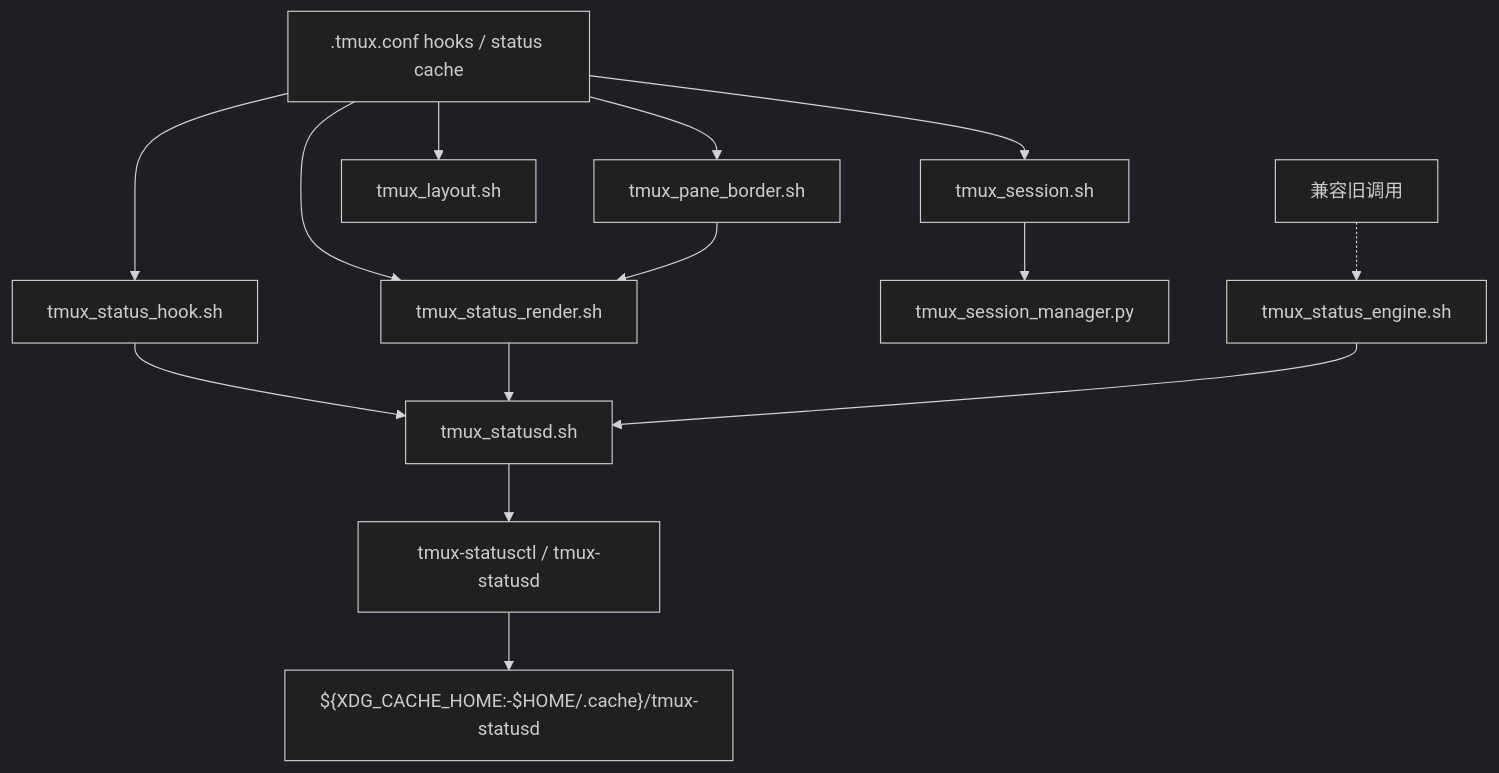
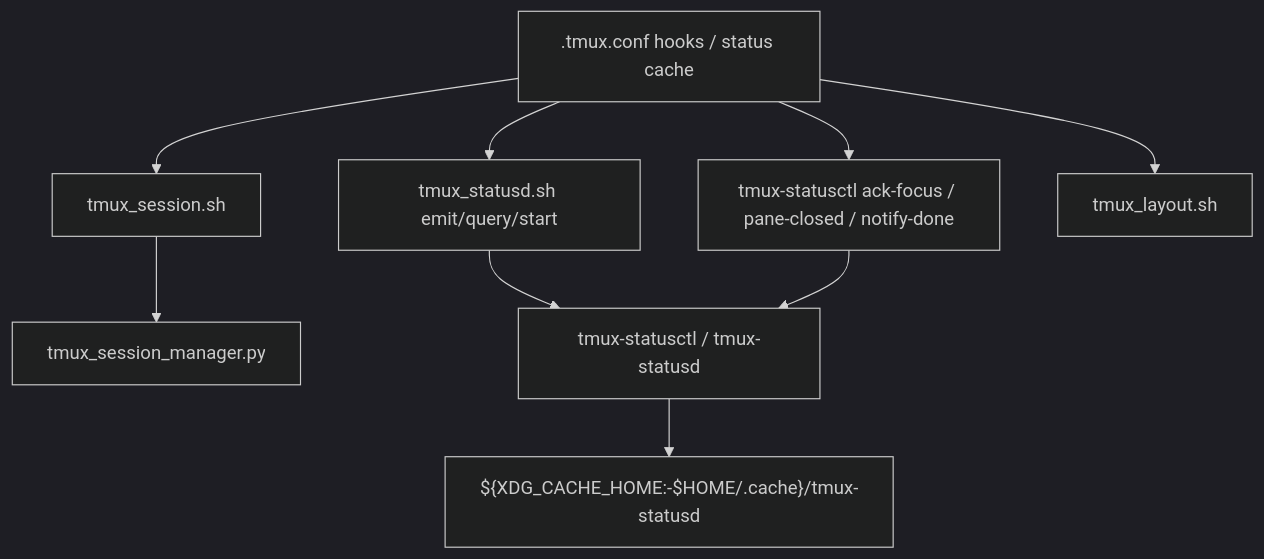
The diagram in plugins/oyxy_dotfiles/.config/tmux/README.md (ZiYang-oyxy/awesome_devops), drawn with Mermaid (dark theme) before and after one commit. The commit also changed other lines of this file and 8 other files, not shown here.

First line of the commit message:
refactor(oyxy_dotfiles): drop legacy tmux status shims

````diff
--- a/plugins/oyxy_dotfiles/.config/tmux/README.md
+++ b/plugins/oyxy_dotfiles/.config/tmux/README.md
@@ -17,16 +12,11 @@
 ```mermaid
 flowchart TD
-    A[".tmux.conf hooks / status cache"] --> B["tmux_status_hook.sh"]
-    A --> C["tmux_status_render.sh"]
-    A --> D["tmux_pane_border.sh"]
-    A --> E["tmux_session.sh"]
-    A --> F["tmux_layout.sh"]
-    B --> G["tmux_statusd.sh"]
+    A[".tmux.conf hooks / status cache"] --> B["tmux_statusd.sh emit/query/start"]
+    A --> C["tmux-statusctl ack-focus / pane-closed / notify-done"]
+    A --> D["tmux_session.sh"]
+    A --> E["tmux_layout.sh"]
+    D --> F["tmux_session_manager.py"]
+    B --> G["tmux-statusctl / tmux-statusd"]
     C --> G
-    D --> C
-    E --> H["tmux_session_manager.py"]
-    G --> I["tmux-statusctl / tmux-statusd"]
-    I --> J["${XDG_CACHE_HOME:-$HOME/.cache}/tmux-statusd"]
-    K["兼容旧调用"] -.-> L["tmux_status_engine.sh"]
-    L --> G
+    G --> H["${XDG_CACHE_HOME:-$HOME/.cache}/tmux-statusd"]
 ```
````
